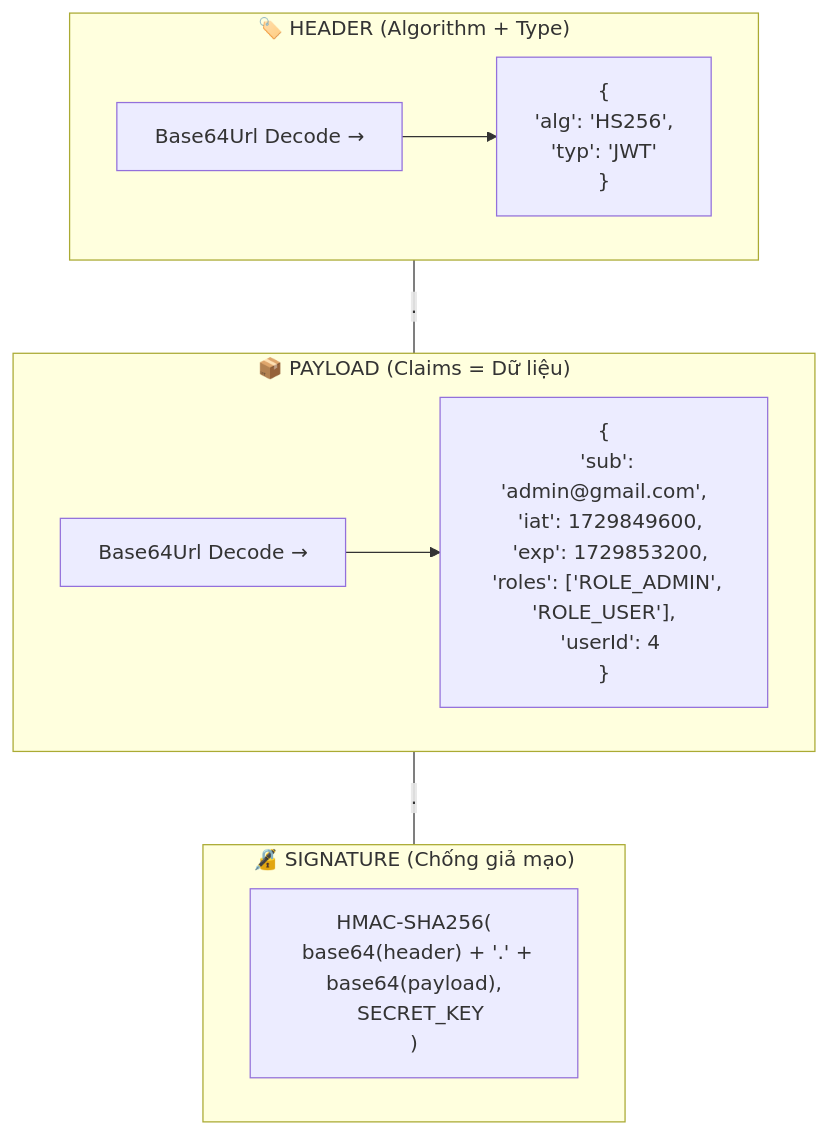
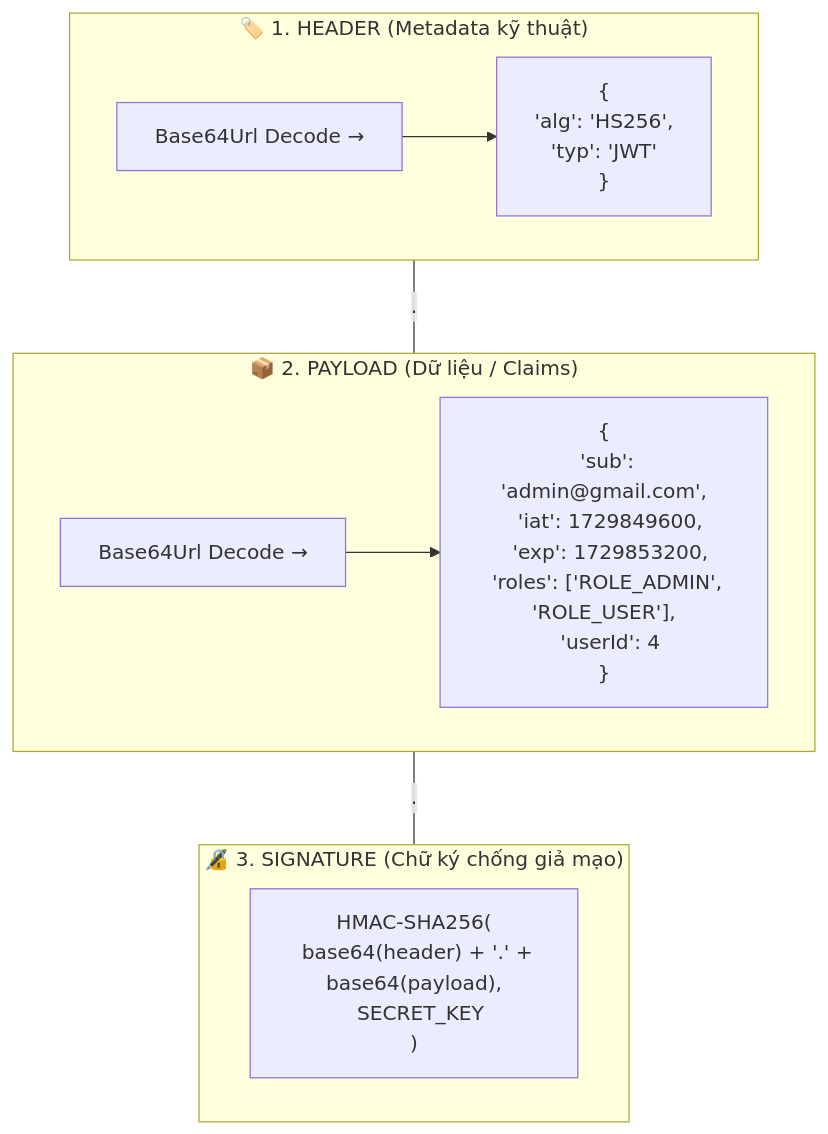
Before and after one commit to anhtudayne/JAVA: the third of 9 diagrams in Note/Lesson19/bai-19-jwt-authentication.md, drawn with Mermaid. The commit also changed other lines of this file, not shown here.

````diff
--- a/Note/Lesson19/bai-19-jwt-authentication.md
+++ b/Note/Lesson19/bai-19-jwt-authentication.md
@@ -190,20 +194,20 @@
 ```mermaid
 graph TD
-    subgraph Header["🏷️ HEADER (Algorithm + Type)"]
+    subgraph Header["🏷️ 1. HEADER (Metadata kỹ thuật)"]
         H1["Base64Url Decode →"]
         H2["{<br/>  'alg': 'HS256',<br/>  'typ': 'JWT'<br/>}"]
         H1 --> H2
     end
 
-    subgraph Payload["📦 PAYLOAD (Claims = Dữ liệu)"]
+    subgraph Payload["📦 2. PAYLOAD (Dữ liệu / Claims)"]
         P1["Base64Url Decode →"]
         P2["{<br/>  'sub': 'admin@gmail.com',<br/>  'iat': 1729849600,<br/>  'exp': 1729853200,<br/>  'roles': ['ROLE_ADMIN', 'ROLE_USER'],<br/>  'userId': 4<br/>}"]
         P1 --> P2
     end
 
-    subgraph Signature["🔏 SIGNATURE (Chống giả mạo)"]
+    subgraph Signature["🔏 3. SIGNATURE (Chữ ký chống giả mạo)"]
         S1["HMAC-SHA256(<br/>  base64(header) + '.' + base64(payload),<br/>  SECRET_KEY<br/>)"]
     end
 
     Header ---|"."| Payload ---|"."| Signature
 ```
````
